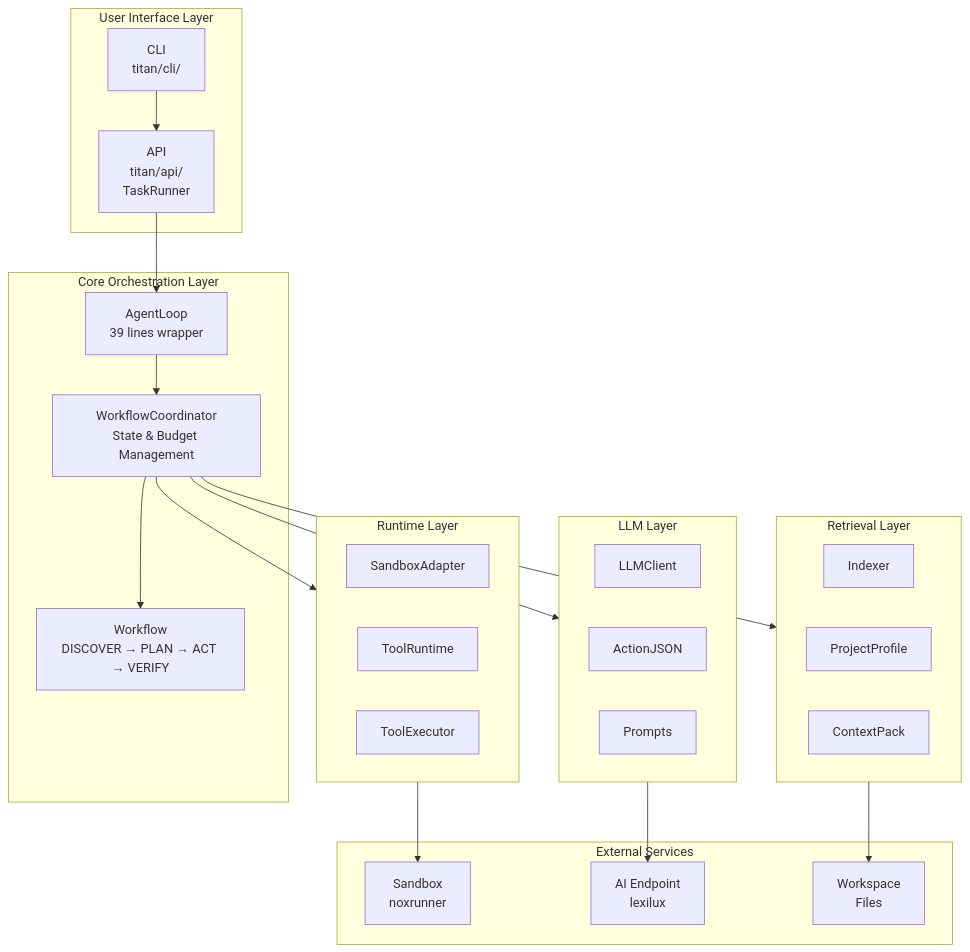
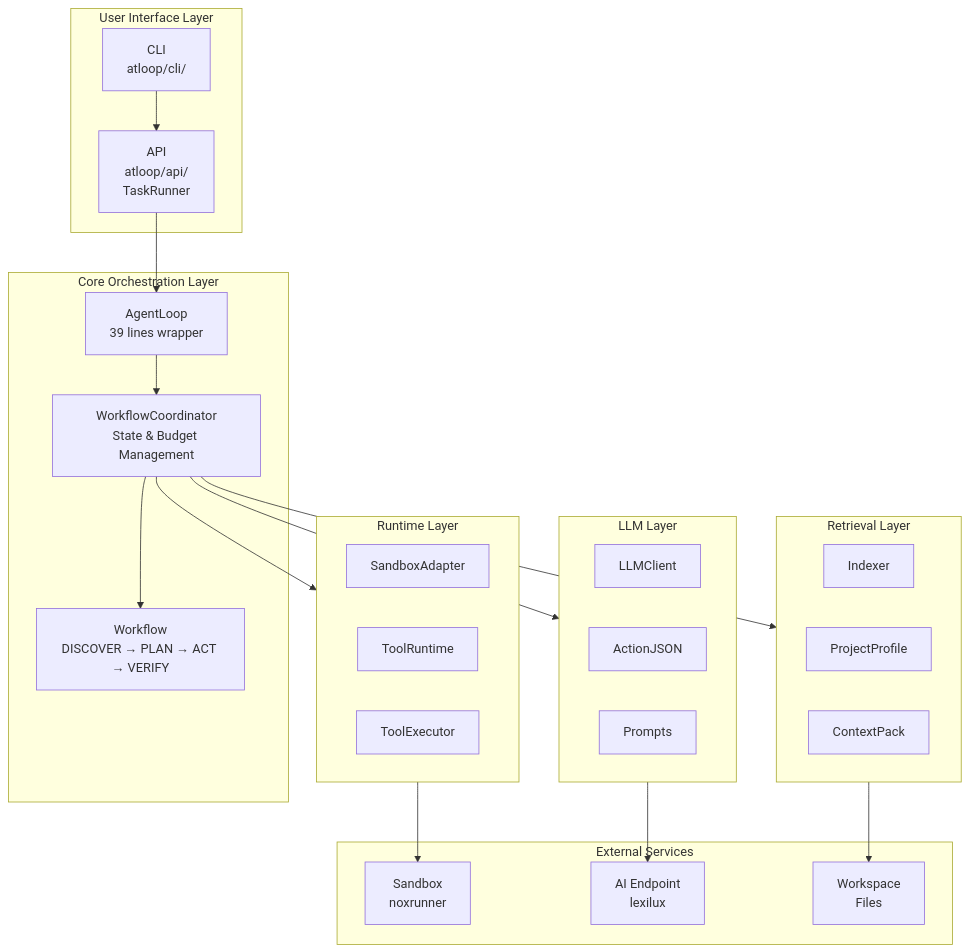
One commit to lzjever/atloop changed the first of 3 diagrams in docs/README.md. Above: the diagram before and after it, drawn with Mermaid. The commit also changed other lines of this file and 206 other files, not shown here.

````diff
--- a/docs/README.md
+++ b/docs/README.md
@@ -19,48 +19,48 @@
 ```mermaid
 graph TB
     subgraph UI["User Interface Layer"]
-        CLI[CLI<br/>titan/cli/]
-        API[API<br/>titan/api/<br/>TaskRunner]
+        CLI[CLI<br/>atloop/cli/]
+        API[API<br/>atloop/api/<br/>TaskRunner]
     end
     
     subgraph Core["Core Orchestration Layer"]
         AL[AgentLoop<br/>39 lines wrapper]
         WC[WorkflowCoordinator<br/>State & Budget Management]
         WF[Workflow<br/>DISCOVER → PLAN → ACT → VERIFY]
     end
     
     subgraph Runtime["Runtime Layer"]
         SA[SandboxAdapter]
         TR[ToolRuntime]
         TE[ToolExecutor]
     end
     
     subgraph LLM["LLM Layer"]
         LC[LLMClient]
         AJ[ActionJSON]
         PR[Prompts]
     end
     
     subgraph Retrieval["Retrieval Layer"]
         IDX[Indexer]
         PP[ProjectProfile]
         CP[ContextPack]
     end
     
     subgraph External["External Services"]
         SB[Sandbox<br/>noxrunner]
         AI[AI Endpoint<br/>lexilux]
         WS[Workspace<br/>Files]
     end
     
     CLI --> API
     API --> AL
     AL --> WC
     WC --> WF
     WC --> Runtime
     WC --> LLM
     WC --> Retrieval
     Runtime --> SB
     LLM --> AI
     Retrieval --> WS
 ```
````
